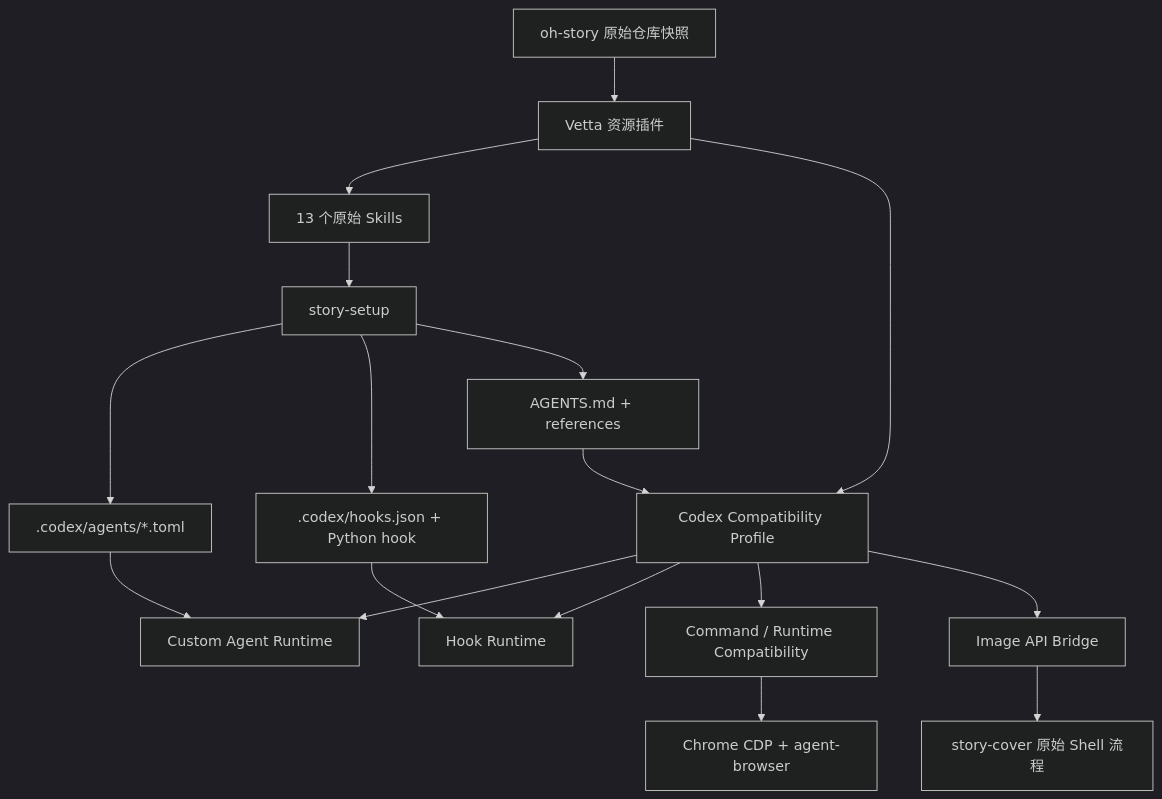
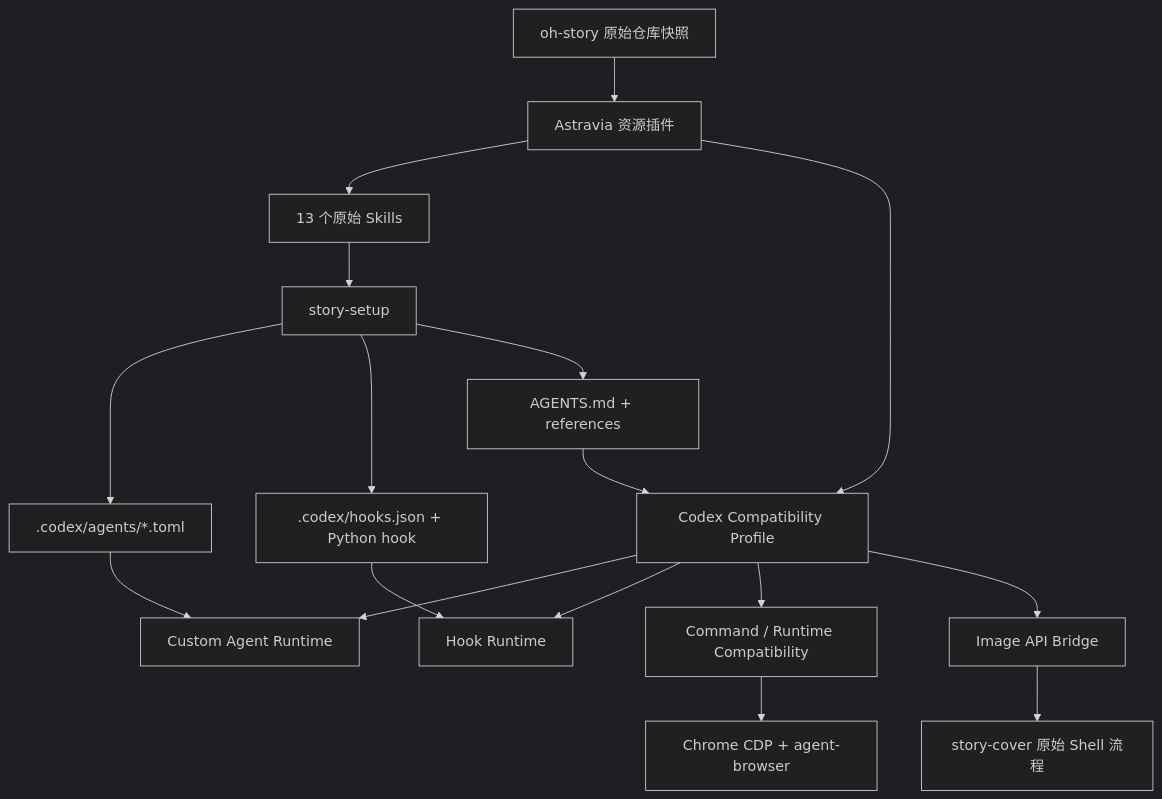
Before and after one commit to maomaochong-ai/open-astravia: the diagram in docs/adapter/oh-story-claudecode-solution.md, drawn with Mermaid (dark theme). The commit also changed other lines of this file and 5930 other files, not shown here.

````diff
--- a/docs/adapter/oh-story-claudecode-solution.md
+++ b/docs/adapter/oh-story-claudecode-solution.md
@@ -48,19 +48,19 @@
 ```mermaid
 flowchart TB
-    B["oh-story 原始仓库快照"] --> P["Vetta 资源插件"]
+    B["oh-story 原始仓库快照"] --> P["Astravia 资源插件"]
     P --> S["13 个原始 Skills"]
     P --> C["Codex Compatibility Profile"]
     S --> Setup["story-setup"]
     Setup --> A[".codex/agents/*.toml"]
     Setup --> H[".codex/hooks.json + Python hook"]
     Setup --> G["AGENTS.md + references"]
     C --> AR["Custom Agent Runtime"]
     C --> HR["Hook Runtime"]
     C --> CR["Command / Runtime Compatibility"]
     C --> IR["Image API Bridge"]
     A --> AR
     H --> HR
     G --> C
     CR --> Browser["Chrome CDP + agent-browser"]
     IR --> Cover["story-cover 原始 Shell 流程"]
 ```
````
